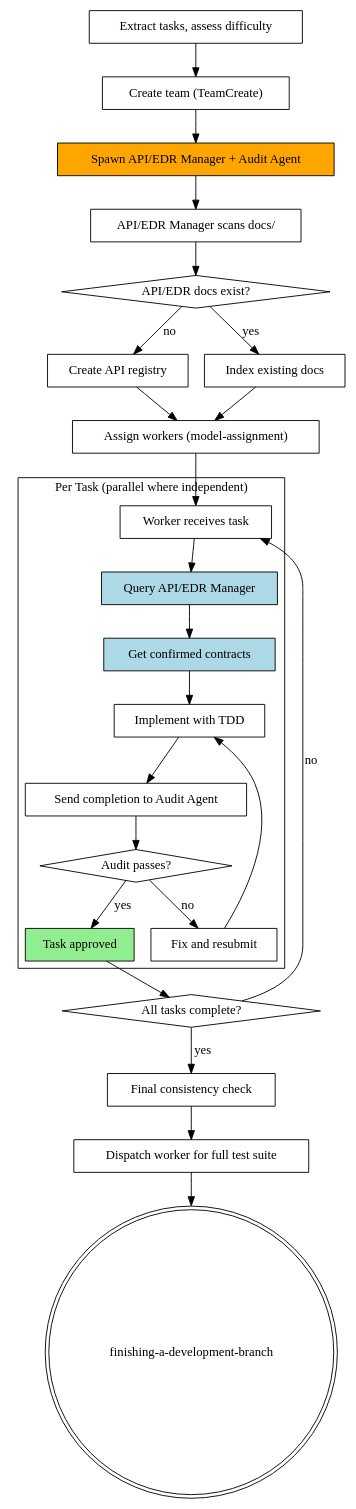
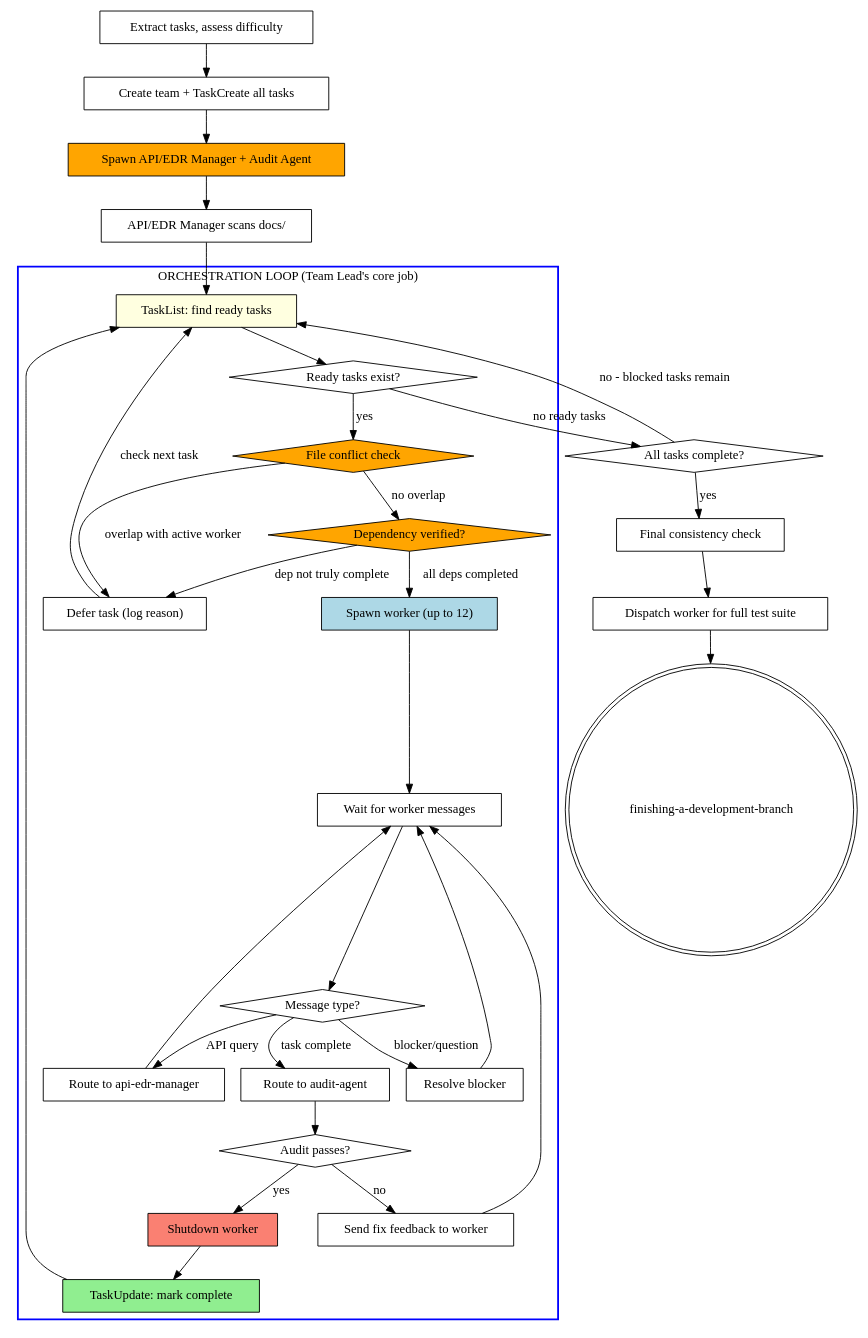
The second of 2 diagrams in skills/team-driven-development/SKILL.md (Sonbbal/superpowers), drawn with Graphviz before and after one commit. The commit also changed other lines of this file and 2 other files, not shown here.

First line of the commit message:
feat: enhance team-driven-development with orchestration loop, spin detection, and lock table caching

````diff
--- a/skills/team-driven-development/SKILL.md
+++ b/skills/team-driven-development/SKILL.md
@@ -72,54 +93,68 @@
 ```dot
 digraph process {
     rankdir=TB;
 
     "Extract tasks, assess difficulty" [shape=box];
-    "Create team (TeamCreate)" [shape=box];
+    "Create team + TaskCreate all tasks" [shape=box];
     "Spawn API/EDR Manager + Audit Agent" [shape=box style=filled fillcolor=orange];
     "API/EDR Manager scans docs/" [shape=box];
-    "API/EDR docs exist?" [shape=diamond];
-    "Create API registry" [shape=box];
-    "Index existing docs" [shape=box];
-    "Assign workers (model-assignment)" [shape=box];
 
-    subgraph cluster_per_task {
-        label="Per Task (parallel where independent)";
-        "Worker receives task" [shape=box];
-        "Query API/EDR Manager" [shape=box style=filled fillcolor=lightblue];
-        "Get confirmed contracts" [shape=box style=filled fillcolor=lightblue];
-        "Implement with TDD" [shape=box];
-        "Send completion to Audit Agent" [shape=box];
+    subgraph cluster_orchestration_loop {
+        label="ORCHESTRATION LOOP (Team Lead's core job)";
+        style=bold;
+        color=blue;
+        "TaskList: find ready tasks" [shape=box style=filled fillcolor=lightyellow];
+        "Ready tasks exist?" [shape=diamond];
+        "File conflict check" [shape=diamond style=filled fillcolor=orange];
+        "Dependency verified?" [shape=diamond style=filled fillcolor=orange];
+        "Defer task (log reason)" [shape=box];
+        "Spawn worker (up to 12)" [shape=box style=filled fillcolor=lightblue];
+        "Wait for worker messages" [shape=box];
+        "Message type?" [shape=diamond];
+        "Route to api-edr-manager" [shape=box];
+        "Route to audit-agent" [shape=box];
+        "Resolve blocker" [shape=box];
         "Audit passes?" [shape=diamond];
-        "Fix and resubmit" [shape=box];
-        "Task approved" [shape=box style=filled fillcolor=lightgreen];
+        "Send fix feedback to worker" [shape=box];
+        "Shutdown worker" [shape=box style=filled fillcolor=salmon];
+        "TaskUpdate: mark complete" [shape=box style=filled fillcolor=lightgreen];
     }
 
     "All tasks complete?" [shape=diamond];
     "Final consistency check" [shape=box];
     "Dispatch worker for full test suite" [shape=box];
     "finishing-a-development-branch" [shape=doublecircle];
 
-    "Extract tasks, assess difficulty" -> "Create team (TeamCreate)";
-    "Create team (TeamCreate)" -> "Spawn API/EDR Manager + Audit Agent";
+    "Extract tasks, assess difficulty" -> "Create team + TaskCreate all tasks";
+    "Create team + TaskCreate all tasks" -> "Spawn API/EDR Manager + Audit Agent";
     "Spawn API/EDR Manager + Audit Agent" -> "API/EDR Manager scans docs/";
-    "API/EDR Manager scans docs/" -> "API/EDR docs exist?";
-    "API/EDR docs exist?" -> "Index existing docs" [label="yes"];
-    "API/EDR docs exist?" -> "Create API registry" [label="no"];
-    "Index existing docs" -> "Assign workers (model-assignment)";
-    "Create API registry" -> "Assign workers (model-assignment)";
-    "Assign workers (model-assignment)" -> "Worker receives task";
-    "Worker receives task" -> "Query API/EDR Manager";
-    "Query API/EDR Manager" -> "Get confirmed contracts";
-    "Get confirmed contracts" -> "Implement with TDD";
-    "Implement with TDD" -> "Send completion to Audit Agent";
-    "Send completion to Audit Agent" -> "Audit passes?";
-    "Audit passes?" -> "Fix and resubmit" [label="no"];
-    "Fix and resubmit" -> "Implement with TDD";
-    "Audit passes?" -> "Task approved" [label="yes"];
-    "Task approved" -> "All tasks complete?";
-    "All tasks complete?" -> "Worker receives task" [label="no"];
+    "API/EDR Manager scans docs/" -> "TaskList: find ready tasks";
+
+    "TaskList: find ready tasks" -> "Ready tasks exist?";
+    "Ready tasks exist?" -> "File conflict check" [label="yes"];
+    "Ready tasks exist?" -> "All tasks complete?" [label="no ready tasks"];
+    "File conflict check" -> "Dependency verified?" [label="no overlap"];
+    "File conflict check" -> "Defer task (log reason)" [label="overlap with active worker"];
+    "Dependency verified?" -> "Spawn worker (up to 12)" [label="all deps completed"];
+    "Dependency verified?" -> "Defer task (log reason)" [label="dep not truly complete"];
+    "Defer task (log reason)" -> "TaskList: find ready tasks" [label="check next task"];
+    "Spawn worker (up to 12)" -> "Wait for worker messages";
+    "Wait for worker messages" -> "Message type?";
+    "Message type?" -> "Route to api-edr-manager" [label="API query"];
+    "Message type?" -> "Route to audit-agent" [label="task complete"];
+    "Message type?" -> "Resolve blocker" [label="blocker/question"];
+    "Route to api-edr-manager" -> "Wait for worker messages";
+    "Resolve blocker" -> "Wait for worker messages";
+    "Route to audit-agent" -> "Audit passes?";
+    "Audit passes?" -> "Send fix feedback to worker" [label="no"];
+    "Send fix feedback to worker" -> "Wait for worker messages";
+    "Audit passes?" -> "Shutdown worker" [label="yes"];
+    "Shutdown worker" -> "TaskUpdate: mark complete";
+    "TaskUpdate: mark complete" -> "TaskList: find ready tasks";
+
     "All tasks complete?" -> "Final consistency check" [label="yes"];
+    "All tasks complete?" -> "TaskList: find ready tasks" [label="no - blocked tasks remain"];
     "Final consistency check" -> "Dispatch worker for full test suite";
     "Dispatch worker for full test suite" -> "finishing-a-development-branch";
 }
 ```
````
